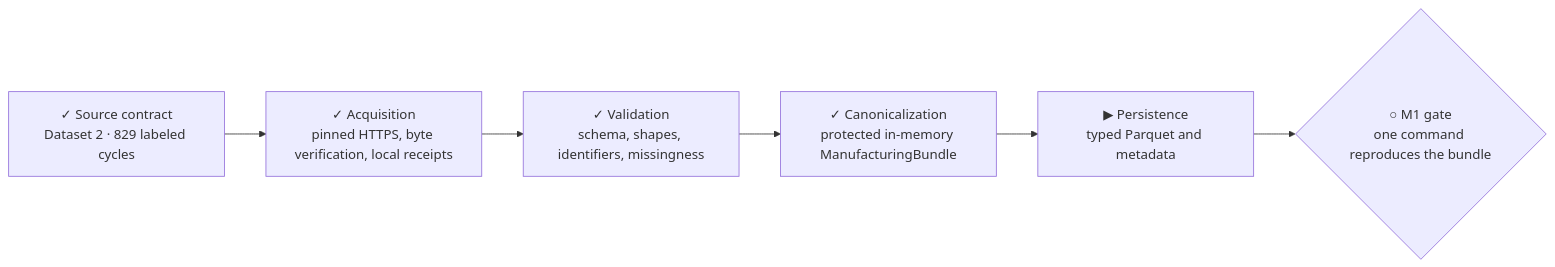
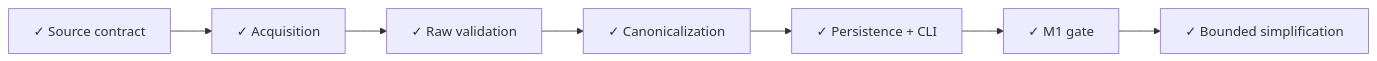
Before and after one commit to stevennitesh/manufacturing-process-intelligence: the diagram in docs/milestones/m01-injection-molding-ingestion.md, drawn with Mermaid. The commit also changed other lines of this file and 32 other files, not shown here.

Commit message:
Complete M1 persistence and simplify the data contract

````diff
--- a/docs/milestones/m01-injection-molding-ingestion.md
+++ b/docs/milestones/m01-injection-molding-ingestion.md
@@ -15,11 +13,7 @@
 ```mermaid
 flowchart LR
-    S["✓ Source contract<br/>Dataset 2 · 829 labeled cycles"]
-    A["✓ Acquisition<br/>pinned HTTPS, byte verification, local receipts"]
-    V["✓ Validation<br/>schema, shapes, identifiers, missingness"]
-    C["✓ Canonicalization<br/>protected in-memory ManufacturingBundle"]
-    P["▶ Persistence<br/>typed Parquet and metadata"]
-    G{"○ M1 gate<br/>one command reproduces the bundle"}
-
-    S --> A --> V --> C --> P --> G
+    S["✓ Source contract"] --> A["✓ Acquisition"] --> V["✓ Raw validation"]
+    V --> C["✓ Canonicalization"] --> P["✓ Persistence + CLI"]
+    P --> G["✓ M1 gate"]
+    G --> F["✓ Bounded simplification"]
 ```
````
